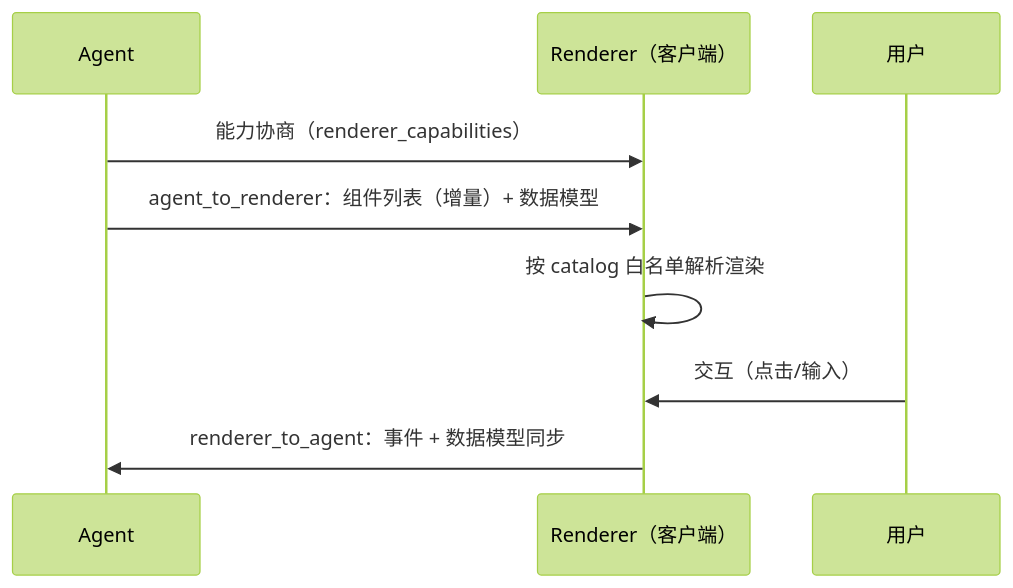
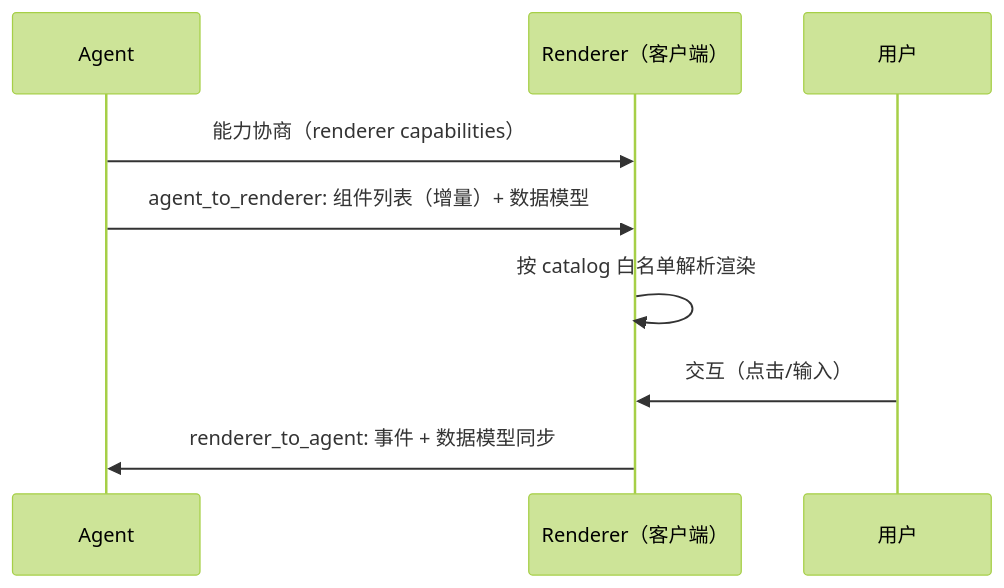
The fourth of 4 diagrams in content/interview/qa/ai-streaming-ui.md (yukino-js/26autumn), drawn with Mermaid (forest theme) before and after one commit. The commit also changed other lines of this file and 85 other files, not shown here.

````diff
--- a/content/interview/qa/ai-streaming-ui.md
+++ b/content/interview/qa/ai-streaming-ui.md
@@ -350,11 +356,11 @@
 ```mermaid
 sequenceDiagram
   participant A as Agent
   participant R as Renderer（客户端）
   participant U as 用户
-  A->>R: 能力协商（renderer_capabilities）
-  A->>R: agent_to_renderer：组件列表（增量）+ 数据模型
+  A->>R: 能力协商（renderer capabilities）
+  A->>R: agent_to_renderer: 组件列表（增量）+ 数据模型
   R->>R: 按 catalog 白名单解析渲染
   U->>R: 交互（点击/输入）
-  R->>A: renderer_to_agent：事件 + 数据模型同步
+  R->>A: renderer_to_agent: 事件 + 数据模型同步
 ```
````
